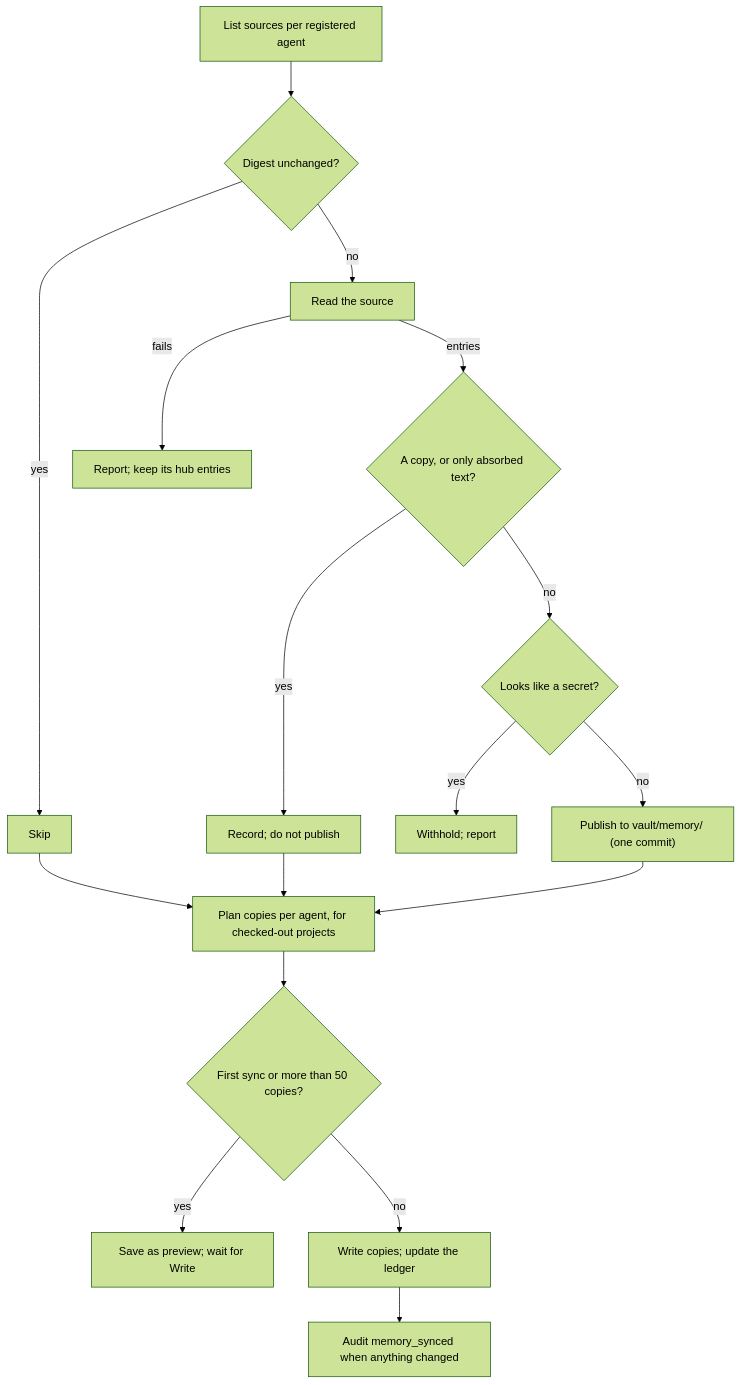
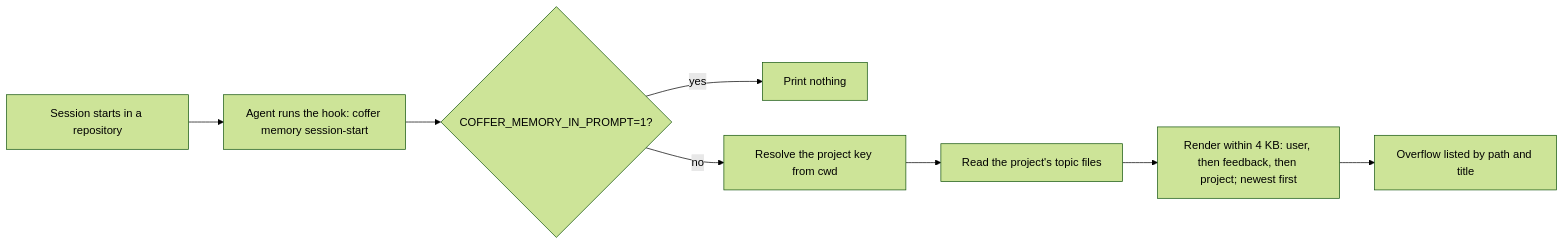
The first of 2 diagrams in docs-site/architecture/memory.md (wyx-sg/Coffer), drawn with Mermaid (forest theme) before and after one commit. The commit also changed other lines of this file and 105 other files, not shown here.

First line of the commit message:
feat(memory): docs, uninstall and CLI follow the central hub

````diff
--- a/docs-site/architecture/memory.md
+++ b/docs-site/architecture/memory.md
@@ -117,19 +39,10 @@
 ```mermaid
-flowchart TD
-  A["List sources per registered agent"] --> B{"Digest unchanged?"}
-  B -- yes --> S["Skip"]
-  B -- no --> R["Read the source"]
-  R -- fails --> F["Report; keep its hub entries"]
-  R -- entries --> E{"A copy, or only absorbed text?"}
-  E -- yes --> K["Record; do not publish"]
-  E -- no --> W{"Looks like a secret?"}
-  W -- yes --> H["Withhold; report"]
-  W -- no --> P["Publish to vault/memory/ (one commit)"]
-  S --> C
-  K --> C
-  P --> C["Plan copies per agent, for checked-out projects"]
-  C --> Q{"First sync or more than 50 copies?"}
-  Q -- yes --> V["Save as preview; wait for Write"]
-  Q -- no --> X["Write copies; update the ledger"]
-  X --> Y["Audit memory_synced when anything changed"]
+flowchart LR
+  S["Session starts in a repository"] --> H["Agent runs the hook: coffer memory session-start"]
+  H --> E{"COFFER_MEMORY_IN_PROMPT=1?"}
+  E -- yes --> N["Print nothing"]
+  E -- no --> K["Resolve the project key from cwd"]
+  K --> R["Read the project's topic files"]
+  R --> T["Render within 4 KB: user, then feedback, then project; newest first"]
+  T --> O["Overflow listed by path and title"]
 ```
````
